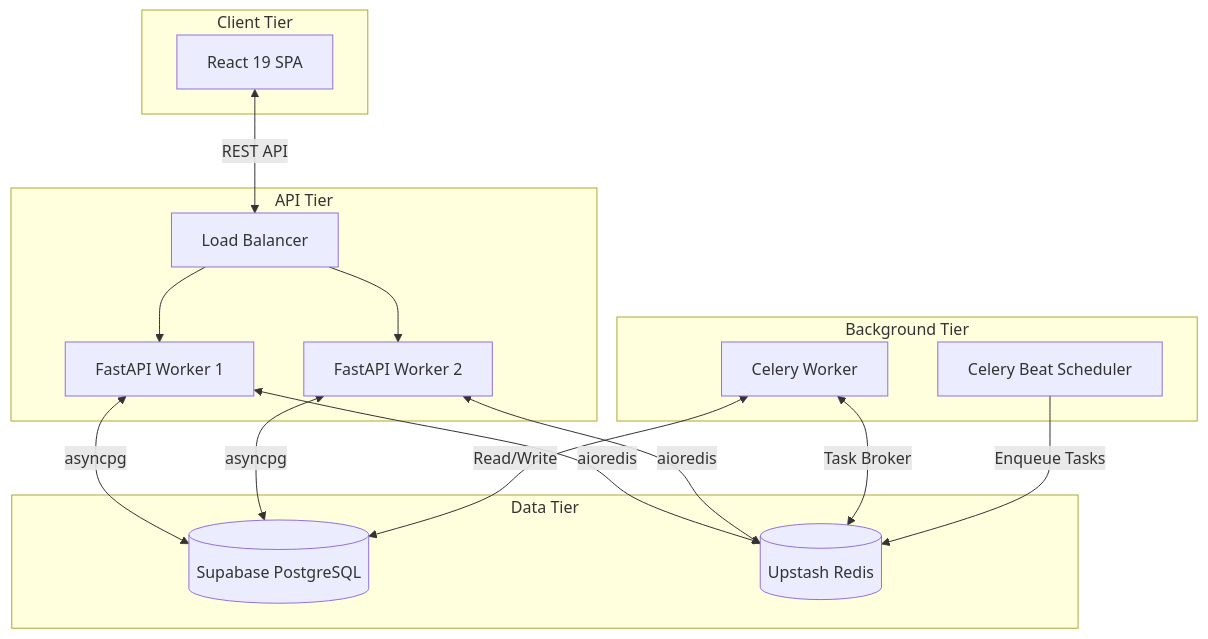
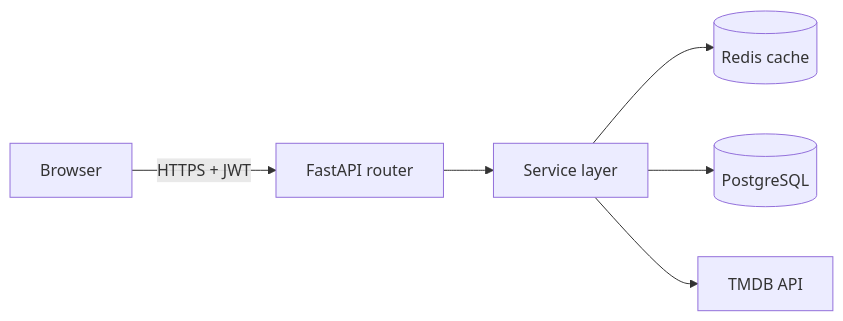
The diagram in documentation/architecture/system_architecture.md (patidarmithil/Movientum), drawn with Mermaid before and after one commit. The commit also changed other lines of this file and 123 other files, not shown here.

````diff
--- a/documentation/architecture/system_architecture.md
+++ b/documentation/architecture/system_architecture.md
@@ -50,35 +22,8 @@
 ```mermaid
-flowchart TD
-    subgraph Client Tier
-        A[React 19 SPA]
-    end
-
-    subgraph API Tier
-        B[Load Balancer]
-        C[FastAPI Worker 1]
-        D[FastAPI Worker 2]
-        
-        B --> C
-        B --> D
-    end
-
-    subgraph Background Tier
-        E[Celery Worker]
-        F[Celery Beat Scheduler]
-    end
-
-    subgraph Data Tier
-        G[(Supabase PostgreSQL)]
-        H[(Upstash Redis)]
-    end
-
-    A <-->|REST API| B
-    C <-->|asyncpg| G
-    D <-->|asyncpg| G
-    C <-->|aioredis| H
-    D <-->|aioredis| H
-    
-    E <-->|Task Broker| H
-    E <-->|Read/Write| G
-    F -->|Enqueue Tasks| H
+flowchart LR
+    B[Browser] -->|HTTPS + JWT| A[FastAPI router]
+    A --> S[Service layer]
+    S --> R[(Redis cache)]
+    S --> P[(PostgreSQL)]
+    S --> T[TMDB API]
 ```
````
